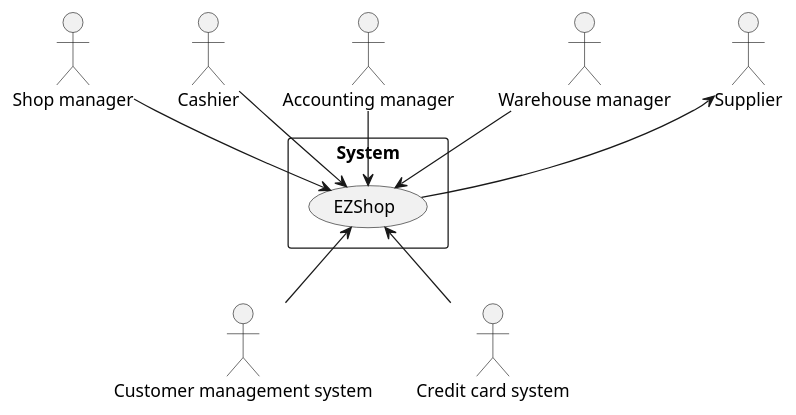
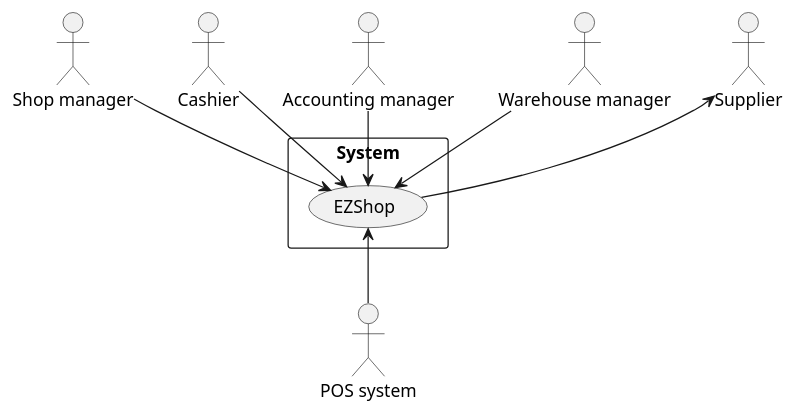
One commit to BMike10/EzShop changed the first of 2 diagrams in Deliverables/RequirementsDocument.md. Above: the diagram before and after it, drawn with PlantUML. The commit also changed other lines of this file, not shown here.

Commit message:
doc: renamed Credit card system into POS System

```diff
--- a/Deliverables/RequirementsDocument.md
+++ b/Deliverables/RequirementsDocument.md
@@ -59,21 +59,21 @@
 	@startuml context_diagram
 		actor :Shop manager: as sm
 		actor :Cashier: as cr
 		actor :Accounting manager: as am
-		actor :Customer management system: as cms
+		' actor :Customer management system: as cms
 		actor :Warehouse manager: as wm
 		'	actor :Inventory and Catalogue system: as i	:
 		actor :Supplier: as s
-		actor :Credit card system: as ccs
+		actor :POS system: as ccs
 		rectangle System{
 		usecase EZShop
 		}
 		sm --> EZShop
 		cr --> EZShop
 		am --> EZShop
 		wm --> EZShop
 		'	i --> EZShop
 		s <-- EZShop
-		EZShop <-- cms
+		' EZShop <-- cms
 		EZShop <-- ccs
 	@enduml
```
